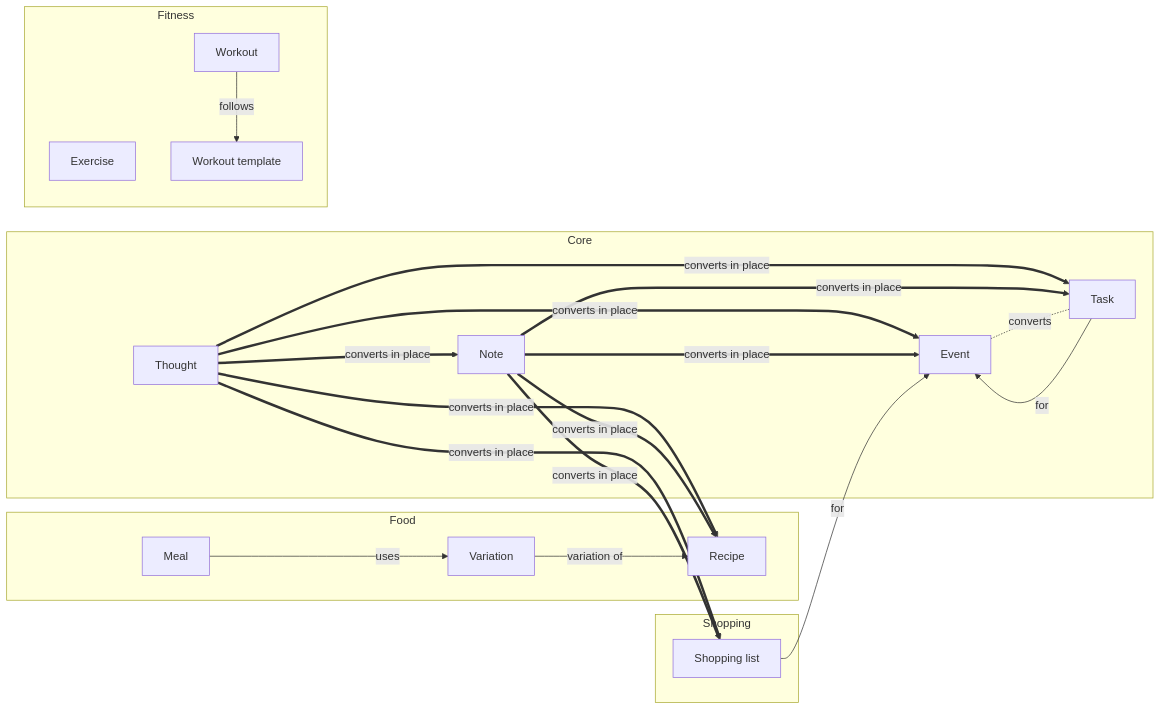
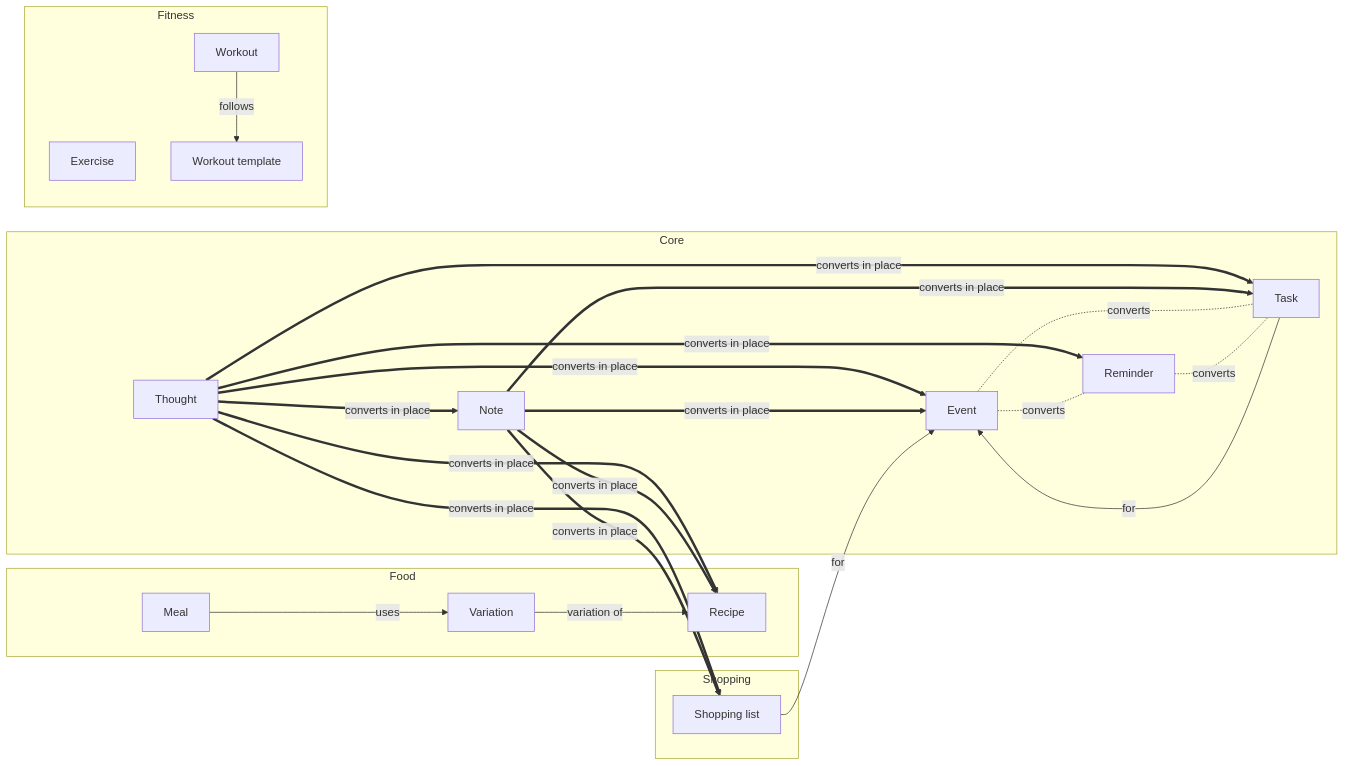
One commit to joestables/lifeos changed the first of 3 diagrams in docs/20-architecture/data-model.md. Above: the diagram before and after it, drawn with Mermaid. The commit also changed other lines of this file and 40 other files, not shown here.

````diff
--- a/docs/20-architecture/data-model.md
+++ b/docs/20-architecture/data-model.md
@@ -341,39 +342,43 @@
 ```mermaid
 flowchart LR
   subgraph CORE[Core]
     Thought[Thought]
     Note[Note]
     Task[Task]
     Event[Event]
+    Reminder[Reminder]
   end
   subgraph FOOD[Food]
     Recipe[Recipe]
     Variation[Variation]
     Meal[Meal]
   end
   subgraph SHOPPING[Shopping]
     Shopping_list[Shopping list]
   end
   subgraph FITNESS[Fitness]
     Exercise[Exercise]
     Workout_template[Workout template]
     Workout[Workout]
   end
 
   Thought == converts in place ==> Event
   Thought == converts in place ==> Note
   Thought == converts in place ==> Recipe
+  Thought == converts in place ==> Reminder
   Thought == converts in place ==> Shopping_list
   Thought == converts in place ==> Task
   Note == converts in place ==> Event
   Note == converts in place ==> Recipe
   Note == converts in place ==> Shopping_list
   Note == converts in place ==> Task
+  Event -. converts .- Reminder
   Event -. converts .- Task
+  Reminder -. converts .- Task
 
   Task -- for --> Event
   Shopping_list -- for --> Event
   Meal -- uses --> Variation
   Variation -- variation of --> Recipe
   Workout -- follows --> Workout_template
 ```
````
